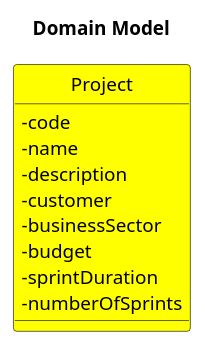
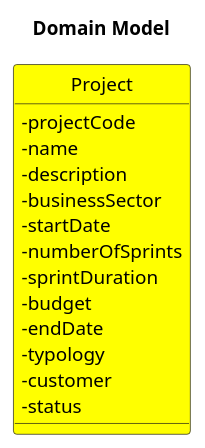
One commit to nunogon1211787/projectManagement changed the diagram in docs/Sprint2/US015/US015-MD.puml. Above: the diagram before and after it, drawn with PlantUML. The commit also changed 2 other files, not shown here.

```diff
--- a/docs/Sprint2/US015/US015-MD.puml
+++ b/docs/Sprint2/US015/US015-MD.puml
@@ -1,26 +1,30 @@
 @startuml
 'https://plantuml.com/class-diagram
 
 
 'Layout Format---------------------------------------------
 left to right direction
 hide circle
 skinparam classAttributeIconSize 0
 
 
 title Domain Model
 
 
 'Project Aggregate:--------------------------------------------------
 class Project #Yellow{
--code
--name
--description
--customer
--businessSector
--budget
--sprintDuration
--numberOfSprints
+ -projectCode
+        -name
+        -description
+        -businessSector
+        -startDate
+        -numberOfSprints
+        -sprintDuration
+        -budget
+        -endDate
+        -typology
+        -customer
+        -status
 }
 
 @enduml
```
